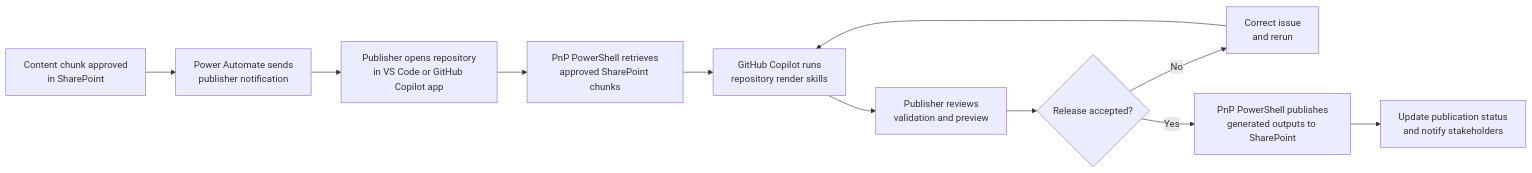
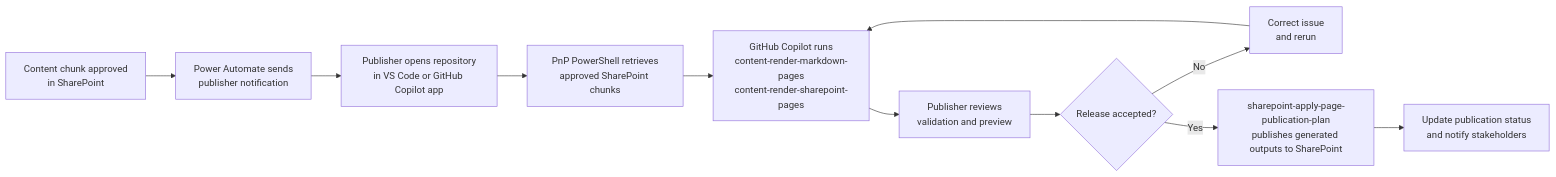
The diagram in docs/diagrams/07-phase3-publisher-triggered-render-workflow.mmd (bcgov/sharepoint-knowledge-workbench), drawn with Mermaid before and after one commit. The commit also changed 2840 other files, not shown here.

```diff
--- a/docs/diagrams/07-phase3-publisher-triggered-render-workflow.mmd
+++ b/docs/diagrams/07-phase3-publisher-triggered-render-workflow.mmd
@@ -1,20 +1,20 @@
 flowchart LR
     A["Content chunk approved<br/>in SharePoint"] -->
     B["Power Automate sends<br/>publisher notification"]
 
     B --> C["Publisher opens repository<br/>in VS Code or GitHub Copilot app"]
 
     C --> D["PnP PowerShell retrieves<br/>approved SharePoint chunks"]
 
-    D --> E["GitHub Copilot runs<br/>repository render skills"]
+    D --> E["GitHub Copilot runs<br/>content-render-markdown-pages<br/>content-render-sharepoint-pages"]
 
     E --> F["Publisher reviews<br/>validation and preview"]
 
     F --> G{"Release accepted?"}
 
     G -- "No" --> H["Correct issue<br/>and rerun"]
     H --> E
 
-    G -- "Yes" --> I["PnP PowerShell publishes<br/>generated outputs to SharePoint"]
+    G -- "Yes" --> I["sharepoint-apply-page-publication-plan<br/>publishes generated outputs to SharePoint"]
 
     I --> J["Update publication status<br/>and notify stakeholders"]
```
